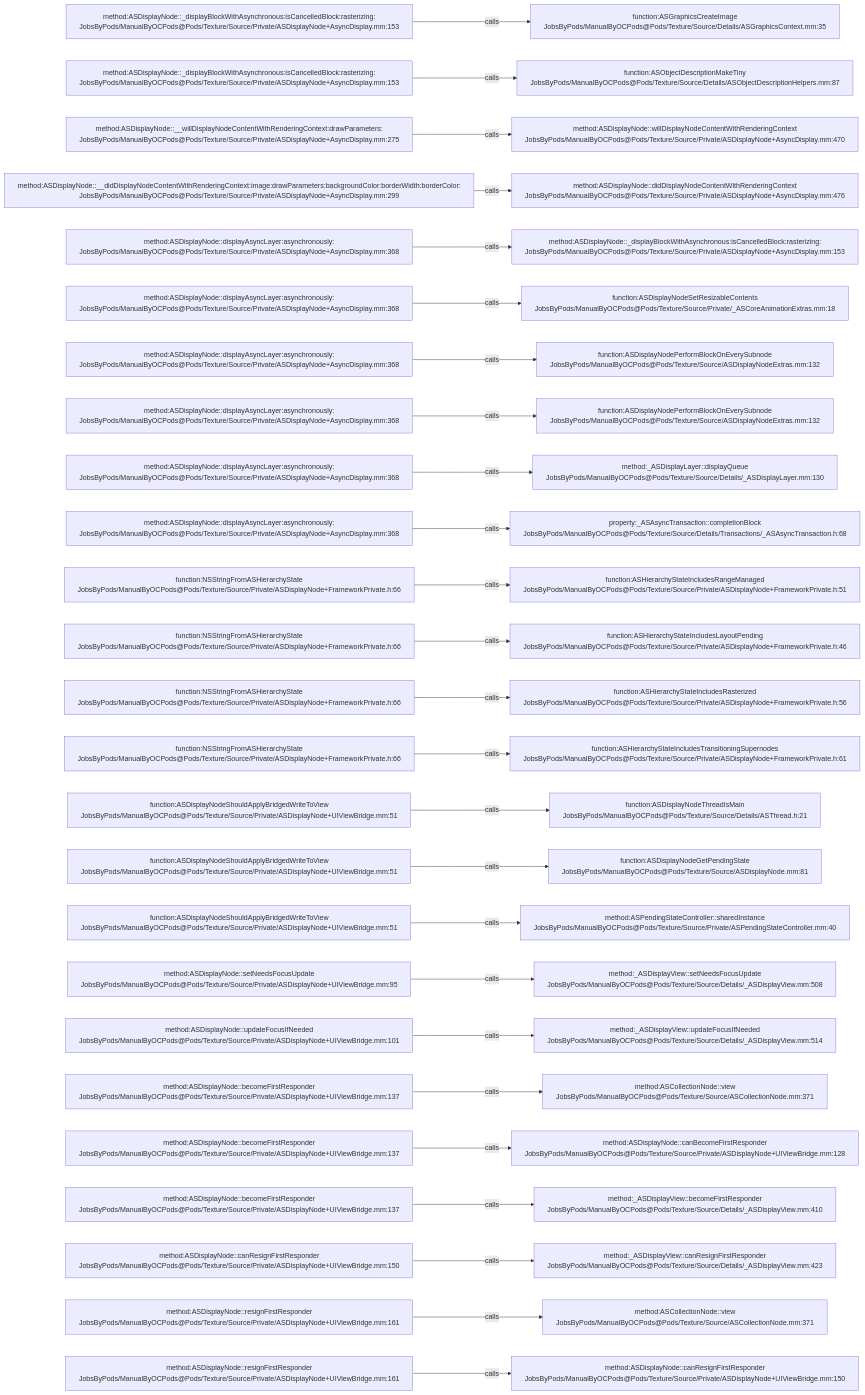
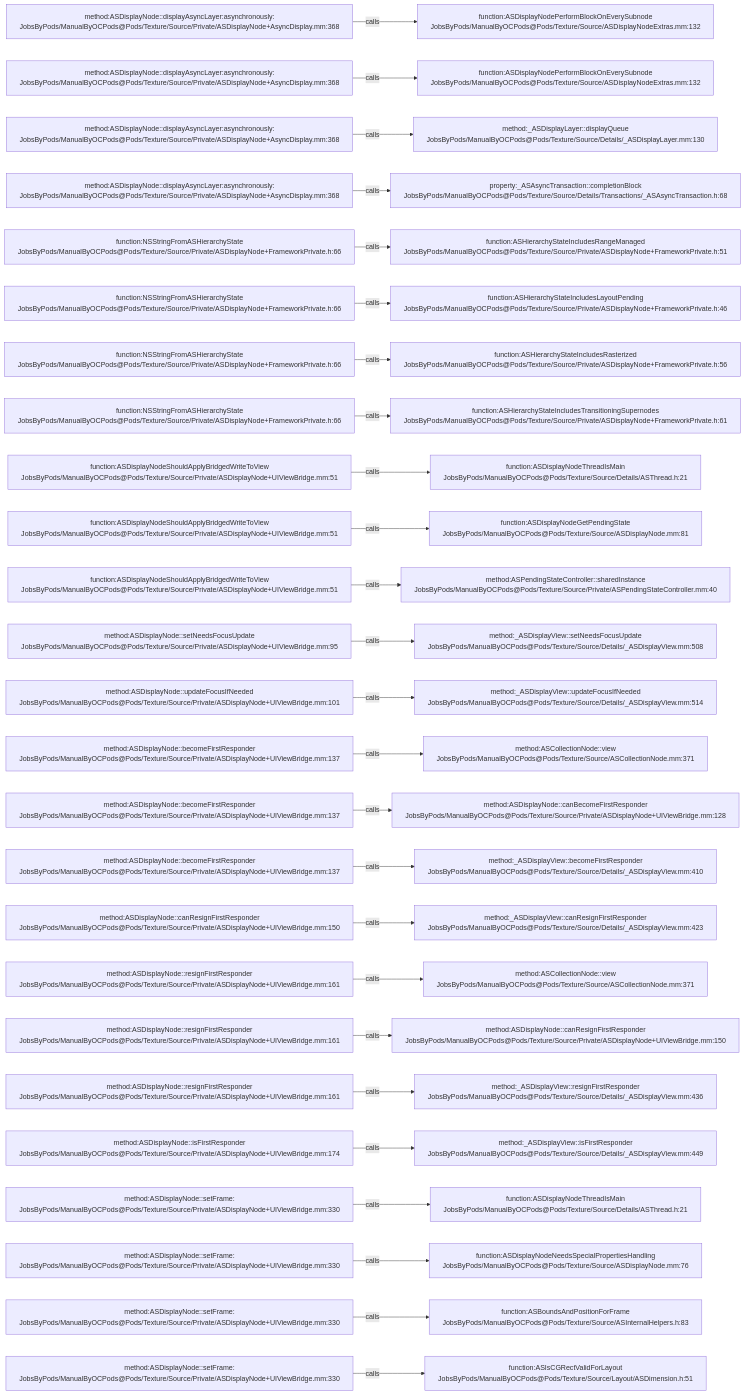
The diagram in .codegraph/codegraph.md/graphs/calls-179.md (JobsKits/JobsOCBaseConfigDemo), drawn with Mermaid before and after one commit. The commit also changed 666 other files, not shown here.

````diff
--- a/.codegraph/codegraph.md/graphs/calls-179.md
+++ b/.codegraph/codegraph.md/graphs/calls-179.md
@@ -13,78 +13,78 @@
 ```mermaid
 flowchart LR
-  S1["method:ASDisplayNode::_displayBlockWithAsynchronous:isCancelledBlock:rasterizing:<br/>JobsByPods/ManualByOCPods@Pods/Texture/Source/Private/ASDisplayNode+AsyncDisplay.mm:153"]
-  T1["function:ASGraphicsCreateImage<br/>JobsByPods/ManualByOCPods@Pods/Texture/Source/Details/ASGraphicsContext.mm:35"]
+  S1["method:ASDisplayNode::displayAsyncLayer:asynchronously:<br/>JobsByPods/ManualByOCPods@Pods/Texture/Source/Private/ASDisplayNode+AsyncDisplay.mm:368"]
+  T1["function:ASDisplayNodePerformBlockOnEverySubnode<br/>JobsByPods/ManualByOCPods@Pods/Texture/Source/ASDisplayNodeExtras.mm:132"]
   S1 -->|calls| T1
-  S2["method:ASDisplayNode::_displayBlockWithAsynchronous:isCancelledBlock:rasterizing:<br/>JobsByPods/ManualByOCPods@Pods/Texture/Source/Private/ASDisplayNode+AsyncDisplay.mm:153"]
-  T2["function:ASObjectDescriptionMakeTiny<br/>JobsByPods/ManualByOCPods@Pods/Texture/Source/Details/ASObjectDescriptionHelpers.mm:87"]
+  S2["method:ASDisplayNode::displayAsyncLayer:asynchronously:<br/>JobsByPods/ManualByOCPods@Pods/Texture/Source/Private/ASDisplayNode+AsyncDisplay.mm:368"]
+  T2["function:ASDisplayNodePerformBlockOnEverySubnode<br/>JobsByPods/ManualByOCPods@Pods/Texture/Source/ASDisplayNodeExtras.mm:132"]
   S2 -->|calls| T2
-  S3["method:ASDisplayNode::__willDisplayNodeContentWithRenderingContext:drawParameters:<br/>JobsByPods/ManualByOCPods@Pods/Texture/Source/Private/ASDisplayNode+AsyncDisplay.mm:275"]
-  T3["method:ASDisplayNode::willDisplayNodeContentWithRenderingContext<br/>JobsByPods/ManualByOCPods@Pods/Texture/Source/Private/ASDisplayNode+AsyncDisplay.mm:470"]
+  S3["method:ASDisplayNode::displayAsyncLayer:asynchronously:<br/>JobsByPods/ManualByOCPods@Pods/Texture/Source/Private/ASDisplayNode+AsyncDisplay.mm:368"]
+  T3["method:_ASDisplayLayer::displayQueue<br/>JobsByPods/ManualByOCPods@Pods/Texture/Source/Details/_ASDisplayLayer.mm:130"]
   S3 -->|calls| T3
-  S4["method:ASDisplayNode::__didDisplayNodeContentWithRenderingContext:image:drawParameters:backgroundColor:borderWidth:borderColor:<br/>JobsByPods/ManualByOCPods@Pods/Texture/Source/Private/ASDisplayNode+AsyncDisplay.mm:299"]
-  T4["method:ASDisplayNode::didDisplayNodeContentWithRenderingContext<br/>JobsByPods/ManualByOCPods@Pods/Texture/Source/Private/ASDisplayNode+AsyncDisplay.mm:476"]
+  S4["method:ASDisplayNode::displayAsyncLayer:asynchronously:<br/>JobsByPods/ManualByOCPods@Pods/Texture/Source/Private/ASDisplayNode+AsyncDisplay.mm:368"]
+  T4["property:_ASAsyncTransaction::completionBlock<br/>JobsByPods/ManualByOCPods@Pods/Texture/Source/Details/Transactions/_ASAsyncTransaction.h:68"]
   S4 -->|calls| T4
-  S5["method:ASDisplayNode::displayAsyncLayer:asynchronously:<br/>JobsByPods/ManualByOCPods@Pods/Texture/Source/Private/ASDisplayNode+AsyncDisplay.mm:368"]
-  T5["method:ASDisplayNode::_displayBlockWithAsynchronous:isCancelledBlock:rasterizing:<br/>JobsByPods/ManualByOCPods@Pods/Texture/Source/Private/ASDisplayNode+AsyncDisplay.mm:153"]
+  S5["function:NSStringFromASHierarchyState<br/>JobsByPods/ManualByOCPods@Pods/Texture/Source/Private/ASDisplayNode+FrameworkPrivate.h:66"]
+  T5["function:ASHierarchyStateIncludesRangeManaged<br/>JobsByPods/ManualByOCPods@Pods/Texture/Source/Private/ASDisplayNode+FrameworkPrivate.h:51"]
   S5 -->|calls| T5
-  S6["method:ASDisplayNode::displayAsyncLayer:asynchronously:<br/>JobsByPods/ManualByOCPods@Pods/Texture/Source/Private/ASDisplayNode+AsyncDisplay.mm:368"]
-  T6["function:ASDisplayNodeSetResizableContents<br/>JobsByPods/ManualByOCPods@Pods/Texture/Source/Private/_ASCoreAnimationExtras.mm:18"]
+  S6["function:NSStringFromASHierarchyState<br/>JobsByPods/ManualByOCPods@Pods/Texture/Source/Private/ASDisplayNode+FrameworkPrivate.h:66"]
+  T6["function:ASHierarchyStateIncludesLayoutPending<br/>JobsByPods/ManualByOCPods@Pods/Texture/Source/Private/ASDisplayNode+FrameworkPrivate.h:46"]
   S6 -->|calls| T6
-  S7["method:ASDisplayNode::displayAsyncLayer:asynchronously:<br/>JobsByPods/ManualByOCPods@Pods/Texture/Source/Private/ASDisplayNode+AsyncDisplay.mm:368"]
-  T7["function:ASDisplayNodePerformBlockOnEverySubnode<br/>JobsByPods/ManualByOCPods@Pods/Texture/Source/ASDisplayNodeExtras.mm:132"]
+  S7["function:NSStringFromASHierarchyState<br/>JobsByPods/ManualByOCPods@Pods/Texture/Source/Private/ASDisplayNode+FrameworkPrivate.h:66"]
+  T7["function:ASHierarchyStateIncludesRasterized<br/>JobsByPods/ManualByOCPods@Pods/Texture/Source/Private/ASDisplayNode+FrameworkPrivate.h:56"]
   S7 -->|calls| T7
-  S8["method:ASDisplayNode::displayAsyncLayer:asynchronously:<br/>JobsByPods/ManualByOCPods@Pods/Texture/Source/Private/ASDisplayNode+AsyncDisplay.mm:368"]
-  T8["function:ASDisplayNodePerformBlockOnEverySubnode<br/>JobsByPods/ManualByOCPods@Pods/Texture/Source/ASDisplayNodeExtras.mm:132"]
+  S8["function:NSStringFromASHierarchyState<br/>JobsByPods/ManualByOCPods@Pods/Texture/Source/Private/ASDisplayNode+FrameworkPrivate.h:66"]
+  T8["function:ASHierarchyStateIncludesTransitioningSupernodes<br/>JobsByPods/ManualByOCPods@Pods/Texture/Source/Private/ASDisplayNode+FrameworkPrivate.h:61"]
   S8 -->|calls| T8
-  S9["method:ASDisplayNode::displayAsyncLayer:asynchronously:<br/>JobsByPods/ManualByOCPods@Pods/Texture/Source/Private/ASDisplayNode+AsyncDisplay.mm:368"]
-  T9["method:_ASDisplayLayer::displayQueue<br/>JobsByPods/ManualByOCPods@Pods/Texture/Source/Details/_ASDisplayLayer.mm:130"]
+  S9["function:ASDisplayNodeShouldApplyBridgedWriteToView<br/>JobsByPods/ManualByOCPods@Pods/Texture/Source/Private/ASDisplayNode+UIViewBridge.mm:51"]
+  T9["function:ASDisplayNodeThreadIsMain<br/>JobsByPods/ManualByOCPods@Pods/Texture/Source/Details/ASThread.h:21"]
   S9 -->|calls| T9
-  S10["method:ASDisplayNode::displayAsyncLayer:asynchronously:<br/>JobsByPods/ManualByOCPods@Pods/Texture/Source/Private/ASDisplayNode+AsyncDisplay.mm:368"]
-  T10["property:_ASAsyncTransaction::completionBlock<br/>JobsByPods/ManualByOCPods@Pods/Texture/Source/Details/Transactions/_ASAsyncTransaction.h:68"]
+  S10["function:ASDisplayNodeShouldApplyBridgedWriteToView<br/>JobsByPods/ManualByOCPods@Pods/Texture/Source/Private/ASDisplayNode+UIViewBridge.mm:51"]
+  T10["function:ASDisplayNodeGetPendingState<br/>JobsByPods/ManualByOCPods@Pods/Texture/Source/ASDisplayNode.mm:81"]
   S10 -->|calls| T10
-  S11["function:NSStringFromASHierarchyState<br/>JobsByPods/ManualByOCPods@Pods/Texture/Source/Private/ASDisplayNode+FrameworkPrivate.h:66"]
-  T11["function:ASHierarchyStateIncludesRangeManaged<br/>JobsByPods/ManualByOCPods@Pods/Texture/Source/Private/ASDisplayNode+FrameworkPrivate.h:51"]
+  S11["function:ASDisplayNodeShouldApplyBridgedWriteToView<br/>JobsByPods/ManualByOCPods@Pods/Texture/Source/Private/ASDisplayNode+UIViewBridge.mm:51"]
+  T11["method:ASPendingStateController::sharedInstance<br/>JobsByPods/ManualByOCPods@Pods/Texture/Source/Private/ASPendingStateController.mm:40"]
   S11 -->|calls| T11
-  S12["function:NSStringFromASHierarchyState<br/>JobsByPods/ManualByOCPods@Pods/Texture/Source/Private/ASDisplayNode+FrameworkPrivate.h:66"]
-  T12["function:ASHierarchyStateIncludesLayoutPending<br/>JobsByPods/ManualByOCPods@Pods/Texture/Source/Private/ASDisplayNode+FrameworkPrivate.h:46"]
+  S12["method:ASDisplayNode::setNeedsFocusUpdate<br/>JobsByPods/ManualByOCPods@Pods/Texture/Source/Private/ASDisplayNode+UIViewBridge.mm:95"]
+  T12["method:_ASDisplayView::setNeedsFocusUpdate<br/>JobsByPods/ManualByOCPods@Pods/Texture/Source/Details/_ASDisplayView.mm:508"]
   S12 -->|calls| T12
-  S13["function:NSStringFromASHierarchyState<br/>JobsByPods/ManualByOCPods@Pods/Texture/Source/Private/ASDisplayNode+FrameworkPrivate.h:66"]
-  T13["function:ASHierarchyStateIncludesRasterized<br/>JobsByPods/ManualByOCPods@Pods/Texture/Source/Private/ASDisplayNode+FrameworkPrivate.h:56"]
+  S13["method:ASDisplayNode::updateFocusIfNeeded<br/>JobsByPods/ManualByOCPods@Pods/Texture/Source/Private/ASDisplayNode+UIViewBridge.mm:101"]
+  T13["method:_ASDisplayView::updateFocusIfNeeded<br/>JobsByPods/ManualByOCPods@Pods/Texture/Source/Details/_ASDisplayView.mm:514"]
   S13 -->|calls| T13
-  S14["function:NSStringFromASHierarchyState<br/>JobsByPods/ManualByOCPods@Pods/Texture/Source/Private/ASDisplayNode+FrameworkPrivate.h:66"]
-  T14["function:ASHierarchyStateIncludesTransitioningSupernodes<br/>JobsByPods/ManualByOCPods@Pods/Texture/Source/Private/ASDisplayNode+FrameworkPrivate.h:61"]
+  S14["method:ASDisplayNode::becomeFirstResponder<br/>JobsByPods/ManualByOCPods@Pods/Texture/Source/Private/ASDisplayNode+UIViewBridge.mm:137"]
+  T14["method:ASCollectionNode::view<br/>JobsByPods/ManualByOCPods@Pods/Texture/Source/ASCollectionNode.mm:371"]
   S14 -->|calls| T14
-  S15["function:ASDisplayNodeShouldApplyBridgedWriteToView<br/>JobsByPods/ManualByOCPods@Pods/Texture/Source/Private/ASDisplayNode+UIViewBridge.mm:51"]
-  T15["function:ASDisplayNodeThreadIsMain<br/>JobsByPods/ManualByOCPods@Pods/Texture/Source/Details/ASThread.h:21"]
+  S15["method:ASDisplayNode::becomeFirstResponder<br/>JobsByPods/ManualByOCPods@Pods/Texture/Source/Private/ASDisplayNode+UIViewBridge.mm:137"]
+  T15["method:ASDisplayNode::canBecomeFirstResponder<br/>JobsByPods/ManualByOCPods@Pods/Texture/Source/Private/ASDisplayNode+UIViewBridge.mm:128"]
   S15 -->|calls| T15
-  S16["function:ASDisplayNodeShouldApplyBridgedWriteToView<br/>JobsByPods/ManualByOCPods@Pods/Texture/Source/Private/ASDisplayNode+UIViewBridge.mm:51"]
-  T16["function:ASDisplayNodeGetPendingState<br/>JobsByPods/ManualByOCPods@Pods/Texture/Source/ASDisplayNode.mm:81"]
+  S16["method:ASDisplayNode::becomeFirstResponder<br/>JobsByPods/ManualByOCPods@Pods/Texture/Source/Private/ASDisplayNode+UIViewBridge.mm:137"]
+  T16["method:_ASDisplayView::becomeFirstResponder<br/>JobsByPods/ManualByOCPods@Pods/Texture/Source/Details/_ASDisplayView.mm:410"]
   S16 -->|calls| T16
-  S17["function:ASDisplayNodeShouldApplyBridgedWriteToView<br/>JobsByPods/ManualByOCPods@Pods/Texture/Source/Private/ASDisplayNode+UIViewBridge.mm:51"]
-  T17["method:ASPendingStateController::sharedInstance<br/>JobsByPods/ManualByOCPods@Pods/Texture/Source/Private/ASPendingStateController.mm:40"]
+  S17["method:ASDisplayNode::canResignFirstResponder<br/>JobsByPods/ManualByOCPods@Pods/Texture/Source/Private/ASDisplayNode+UIViewBridge.mm:150"]
+  T17["method:_ASDisplayView::canResignFirstResponder<br/>JobsByPods/ManualByOCPods@Pods/Texture/Source/Details/_ASDisplayView.mm:423"]
   S17 -->|calls| T17
-  S18["method:ASDisplayNode::setNeedsFocusUpdate<br/>JobsByPods/ManualByOCPods@Pods/Texture/Source/Private/ASDisplayNode+UIViewBridge.mm:95"]
-  T18["method:_ASDisplayView::setNeedsFocusUpdate<br/>JobsByPods/ManualByOCPods@Pods/Texture/Source/Details/_ASDisplayView.mm:508"]
+  S18["method:ASDisplayNode::resignFirstResponder<br/>JobsByPods/ManualByOCPods@Pods/Texture/Source/Private/ASDisplayNode+UIViewBridge.mm:161"]
+  T18["method:ASCollectionNode::view<br/>JobsByPods/ManualByOCPods@Pods/Texture/Source/ASCollectionNode.mm:371"]
   S18 -->|calls| T18
-  S19["method:ASDisplayNode::updateFocusIfNeeded<br/>JobsByPods/ManualByOCPods@Pods/Texture/Source/Private/ASDisplayNode+UIViewBridge.mm:101"]
-  T19["method:_ASDisplayView::updateFocusIfNeeded<br/>JobsByPods/ManualByOCPods@Pods/Texture/Source/Details/_ASDisplayView.mm:514"]
+  S19["method:ASDisplayNode::resignFirstResponder<br/>JobsByPods/ManualByOCPods@Pods/Texture/Source/Private/ASDisplayNode+UIViewBridge.mm:161"]
+  T19["method:ASDisplayNode::canResignFirstResponder<br/>JobsByPods/ManualByOCPods@Pods/Texture/Source/Private/ASDisplayNode+UIViewBridge.mm:150"]
   S19 -->|calls| T19
-  S20["method:ASDisplayNode::becomeFirstResponder<br/>JobsByPods/ManualByOCPods@Pods/Texture/Source/Private/ASDisplayNode+UIViewBridge.mm:137"]
-  T20["method:ASCollectionNode::view<br/>JobsByPods/ManualByOCPods@Pods/Texture/Source/ASCollectionNode.mm:371"]
+  S20["method:ASDisplayNode::resignFirstResponder<br/>JobsByPods/ManualByOCPods@Pods/Texture/Source/Private/ASDisplayNode+UIViewBridge.mm:161"]
+  T20["method:_ASDisplayView::resignFirstResponder<br/>JobsByPods/ManualByOCPods@Pods/Texture/Source/Details/_ASDisplayView.mm:436"]
   S20 -->|calls| T20
-  S21["method:ASDisplayNode::becomeFirstResponder<br/>JobsByPods/ManualByOCPods@Pods/Texture/Source/Private/ASDisplayNode+UIViewBridge.mm:137"]
-  T21["method:ASDisplayNode::canBecomeFirstResponder<br/>JobsByPods/ManualByOCPods@Pods/Texture/Source/Private/ASDisplayNode+UIViewBridge.mm:128"]
+  S21["method:ASDisplayNode::isFirstResponder<br/>JobsByPods/ManualByOCPods@Pods/Texture/Source/Private/ASDisplayNode+UIViewBridge.mm:174"]
+  T21["method:_ASDisplayView::isFirstResponder<br/>JobsByPods/ManualByOCPods@Pods/Texture/Source/Details/_ASDisplayView.mm:449"]
   S21 -->|calls| T21
-  S22["method:ASDisplayNode::becomeFirstResponder<br/>JobsByPods/ManualByOCPods@Pods/Texture/Source/Private/ASDisplayNode+UIViewBridge.mm:137"]
-  T22["method:_ASDisplayView::becomeFirstResponder<br/>JobsByPods/ManualByOCPods@Pods/Texture/Source/Details/_ASDisplayView.mm:410"]
+  S22["method:ASDisplayNode::setFrame:<br/>JobsByPods/ManualByOCPods@Pods/Texture/Source/Private/ASDisplayNode+UIViewBridge.mm:330"]
+  T22["function:ASDisplayNodeThreadIsMain<br/>JobsByPods/ManualByOCPods@Pods/Texture/Source/Details/ASThread.h:21"]
   S22 -->|calls| T22
-  S23["method:ASDisplayNode::canResignFirstResponder<br/>JobsByPods/ManualByOCPods@Pods/Texture/Source/Private/ASDisplayNode+UIViewBridge.mm:150"]
-  T23["method:_ASDisplayView::canResignFirstResponder<br/>JobsByPods/ManualByOCPods@Pods/Texture/Source/Details/_ASDisplayView.mm:423"]
+  S23["method:ASDisplayNode::setFrame:<br/>JobsByPods/ManualByOCPods@Pods/Texture/Source/Private/ASDisplayNode+UIViewBridge.mm:330"]
+  T23["function:ASDisplayNodeNeedsSpecialPropertiesHandling<br/>JobsByPods/ManualByOCPods@Pods/Texture/Source/ASDisplayNode.mm:76"]
   S23 -->|calls| T23
-  S24["method:ASDisplayNode::resignFirstResponder<br/>JobsByPods/ManualByOCPods@Pods/Texture/Source/Private/ASDisplayNode+UIViewBridge.mm:161"]
-  T24["method:ASCollectionNode::view<br/>JobsByPods/ManualByOCPods@Pods/Texture/Source/ASCollectionNode.mm:371"]
+  S24["method:ASDisplayNode::setFrame:<br/>JobsByPods/ManualByOCPods@Pods/Texture/Source/Private/ASDisplayNode+UIViewBridge.mm:330"]
+  T24["function:ASBoundsAndPositionForFrame<br/>JobsByPods/ManualByOCPods@Pods/Texture/Source/ASInternalHelpers.h:83"]
   S24 -->|calls| T24
-  S25["method:ASDisplayNode::resignFirstResponder<br/>JobsByPods/ManualByOCPods@Pods/Texture/Source/Private/ASDisplayNode+UIViewBridge.mm:161"]
-  T25["method:ASDisplayNode::canResignFirstResponder<br/>JobsByPods/ManualByOCPods@Pods/Texture/Source/Private/ASDisplayNode+UIViewBridge.mm:150"]
+  S25["method:ASDisplayNode::setFrame:<br/>JobsByPods/ManualByOCPods@Pods/Texture/Source/Private/ASDisplayNode+UIViewBridge.mm:330"]
+  T25["function:ASIsCGRectValidForLayout<br/>JobsByPods/ManualByOCPods@Pods/Texture/Source/Layout/ASDimension.h:51"]
   S25 -->|calls| T25
 ```
````
